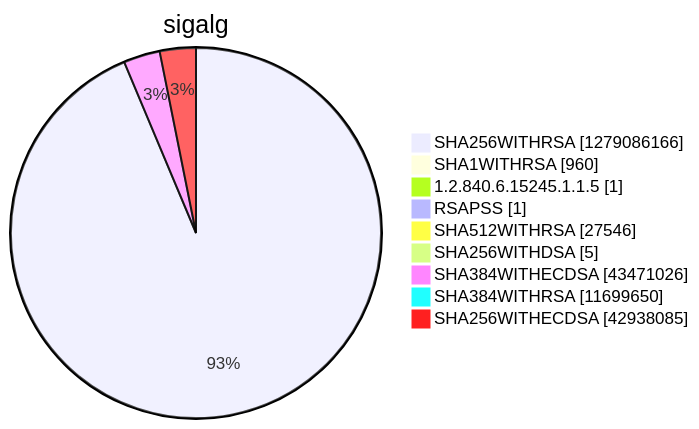
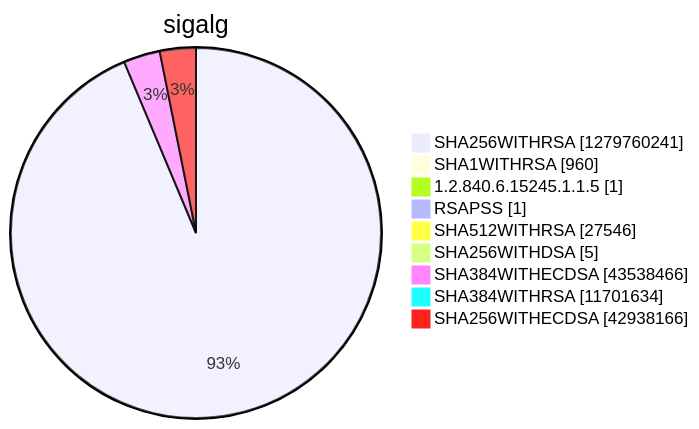
Diagram 15 of 15 in argon2022/README.md (christiankrug/ctmonitor_visualization), drawn with Mermaid before and after one commit. The commit also changed other lines of this file, not shown here.

````diff
--- a/argon2022/README.md
+++ b/argon2022/README.md
@@ -5522,13 +5522,13 @@
 ```mermaid
 pie showData
 title sigalg
-"SHA256WITHRSA" :1279086166
+"SHA256WITHRSA" :1279760241
 "SHA1WITHRSA" :960
 "1.2.840.6.15245.1.1.5" :1
 "RSAPSS" :1
 "SHA512WITHRSA" :27546
 "SHA256WITHDSA" :5
-"SHA384WITHECDSA" :43471026
-"SHA384WITHRSA" :11699650
-"SHA256WITHECDSA" :42938085
+"SHA384WITHECDSA" :43538466
+"SHA384WITHRSA" :11701634
+"SHA256WITHECDSA" :42938166
 ```
````
